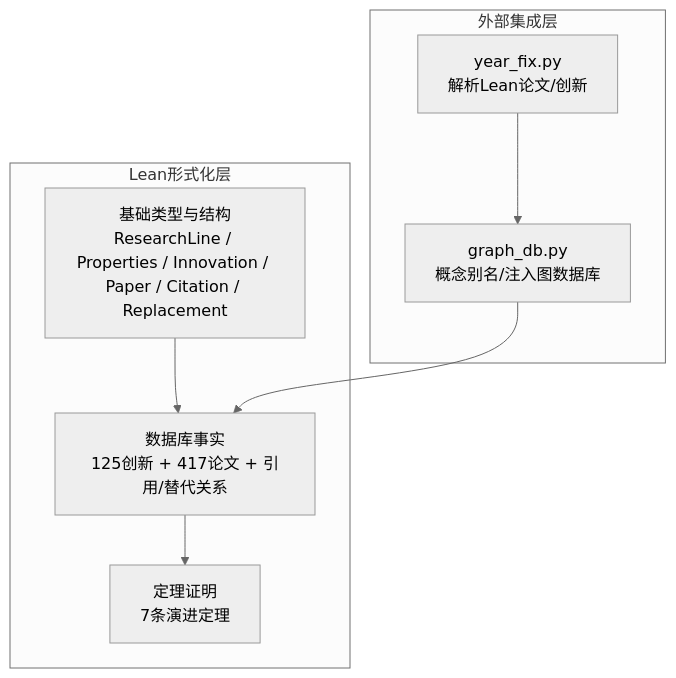
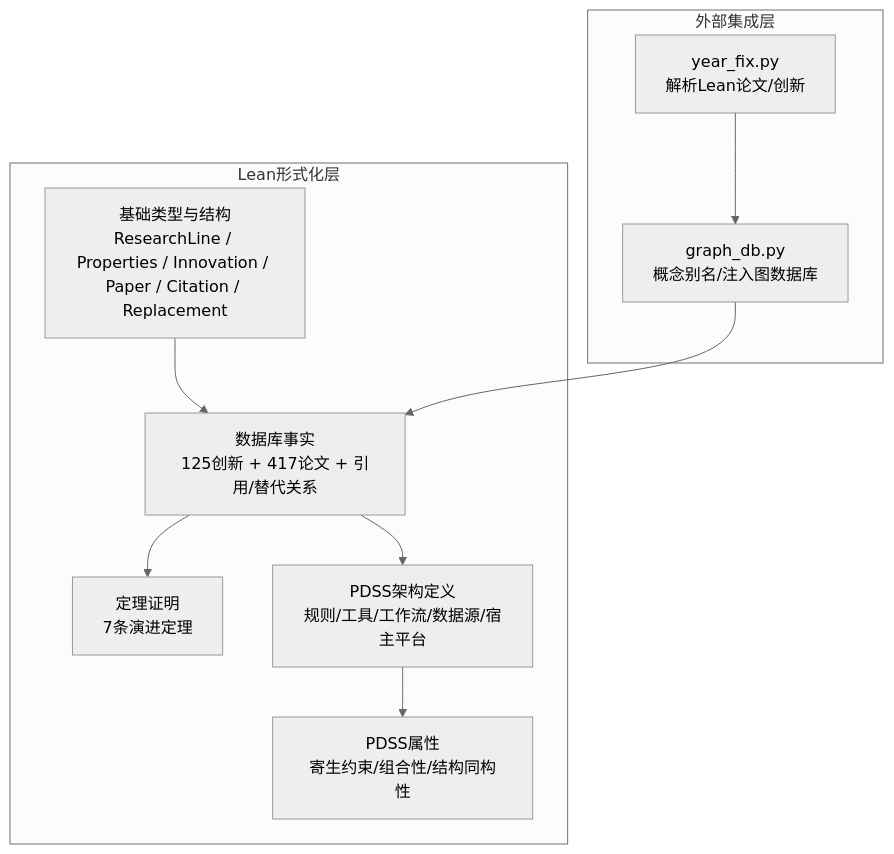
The second of 8 diagrams in .qoder/repowiki/zh/content/Lean4形式化验证系统/Lean4形式化验证系统.md (1173591564/academic-based-qoder), drawn with Mermaid (neutral theme) before and after one commit. The commit also changed other lines of this file and 89 other files, not shown here.

````diff
--- a/.qoder/repowiki/zh/content/Lean4形式化验证系统/Lean4形式化验证系统.md
+++ b/.qoder/repowiki/zh/content/Lean4形式化验证系统/Lean4形式化验证系统.md
@@ -102,16 +129,20 @@
 ```mermaid
 graph TB
 subgraph "Lean形式化层"
 Types["基础类型与结构<br/>ResearchLine / Properties / Innovation / Paper / Citation / Replacement"]
 Facts["数据库事实<br/>125创新 + 417论文 + 引用/替代关系"]
 Proofs["定理证明<br/>7条演进定理"]
+PDSSDefs["PDSS架构定义<br/>规则/工具/工作流/数据源/宿主平台"]
+PDSSProps["PDSS属性<br/>寄生约束/组合性/结构同构性"]
 end
 subgraph "外部集成层"
 Parser["year_fix.py<br/>解析Lean论文/创新"]
 Graph["graph_db.py<br/>概念别名/注入图数据库"]
 end
 Types --> Facts
 Facts --> Proofs
+Facts --> PDSSDefs
+PDSSDefs --> PDSSProps
 Parser --> Graph
 Graph --> Facts
 ```
````
